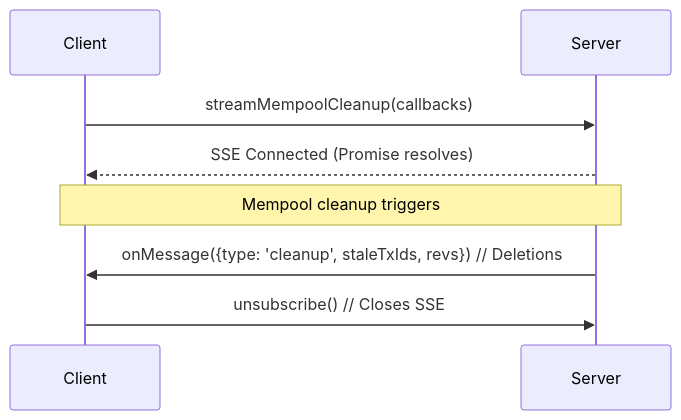
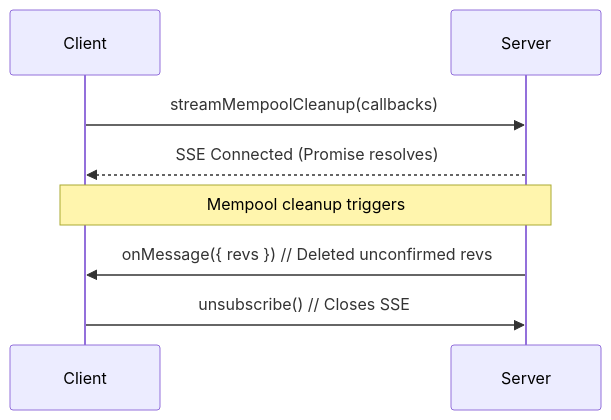
Before and after one commit to bitcoin-computer/monorepo: the diagram in packages/docs/Lib/Computer/streamMempoolCleanup.md, drawn with Mermaid. The commit also changed 29 other files, not shown here.

````diff
--- a/packages/docs/Lib/Computer/streamMempoolCleanup.md
+++ b/packages/docs/Lib/Computer/streamMempoolCleanup.md
@@ -5,10 +5,10 @@
 ```mermaid
 sequenceDiagram
     participant C as Client
     participant S as Server
     C->>S: streamMempoolCleanup(callbacks)
     S-->>C: SSE Connected (Promise resolves)
     Note over C,S: Mempool cleanup triggers
-    S->>C: onMessage({type: 'cleanup', staleTxIds, revs}) // Deletions
+    S->>C: onMessage({ revs }) // Deleted unconfirmed revs
     C->>S: unsubscribe() // Closes SSE
 ```    
````
